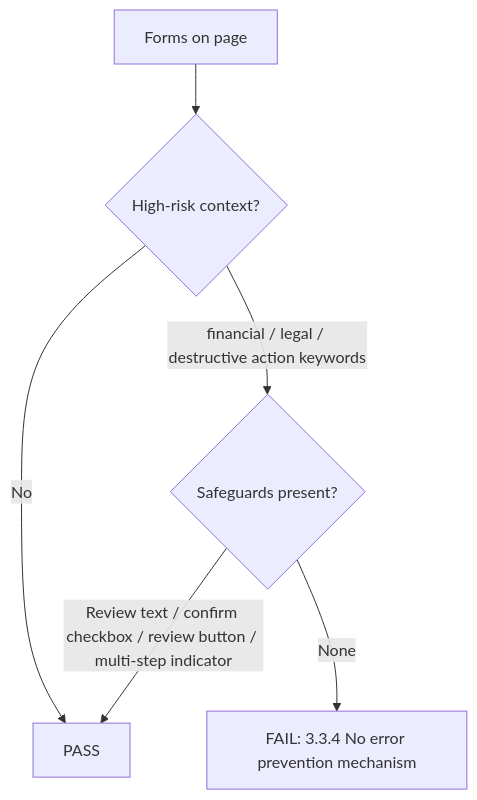
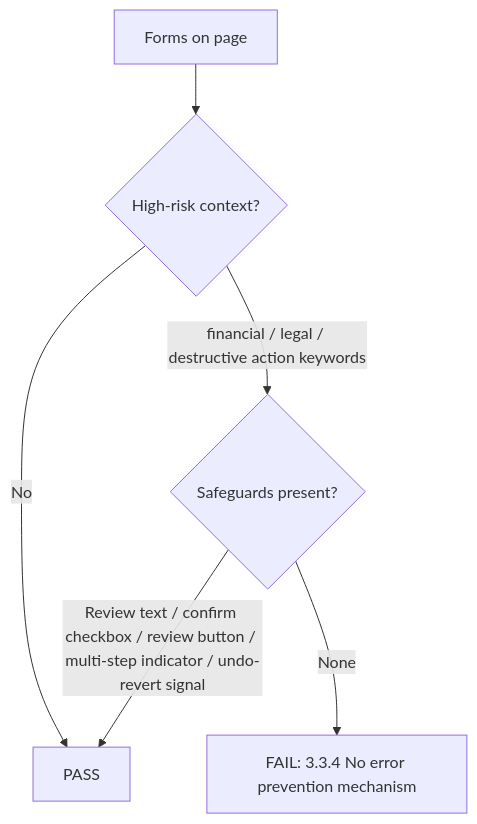
One commit to Sanjaypranavbc/ka11y changed diagram 26 of 30 in ka11y-docs/internals/node-rules-flow-analysis.mdx. Above: the diagram before and after it, drawn with Mermaid. The commit also changed other lines of this file and 3 other files, not shown here.

````diff
--- a/ka11y-docs/internals/node-rules-flow-analysis.mdx
+++ b/ka11y-docs/internals/node-rules-flow-analysis.mdx
@@ -894,8 +901,8 @@
 ```mermaid
 flowchart TD
     FORM["Forms on page"] --> RISK{"High-risk context?"}
     RISK -- "financial / legal / destructive action keywords" --> SAFE{"Safeguards present?"}
     RISK -- "No" --> PASS["PASS"]
-    SAFE -- "Review text / confirm checkbox / review button / multi-step indicator" --> PASS
+    SAFE -- "Review text / confirm checkbox / review button / multi-step indicator / undo-revert signal" --> PASS
     SAFE -- "None" --> FAIL["FAIL: 3.3.4 No error prevention mechanism"]
 ```
````
